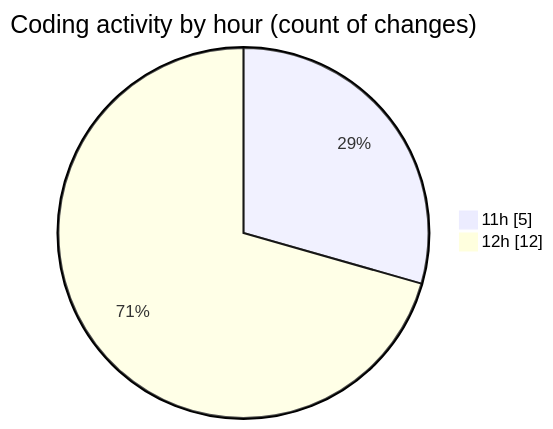
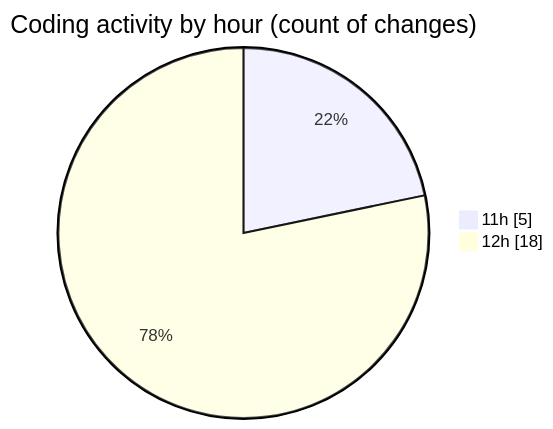
One commit to Elitesun/code-tracking changed the second of 2 diagrams in 2025-03-11/projet_stage/README.md. Above: the diagram before and after it, drawn with Mermaid. The commit also changed other lines of this file and 1 other file, not shown here.

````diff
--- a/2025-03-11/projet_stage/README.md
+++ b/2025-03-11/projet_stage/README.md
@@ -35,6 +37,6 @@
 ```mermaid
 pie showData
 title Coding activity by hour (count of changes)
 "11h" : 5
-"12h" : 12
+"12h" : 18
 ```
````
